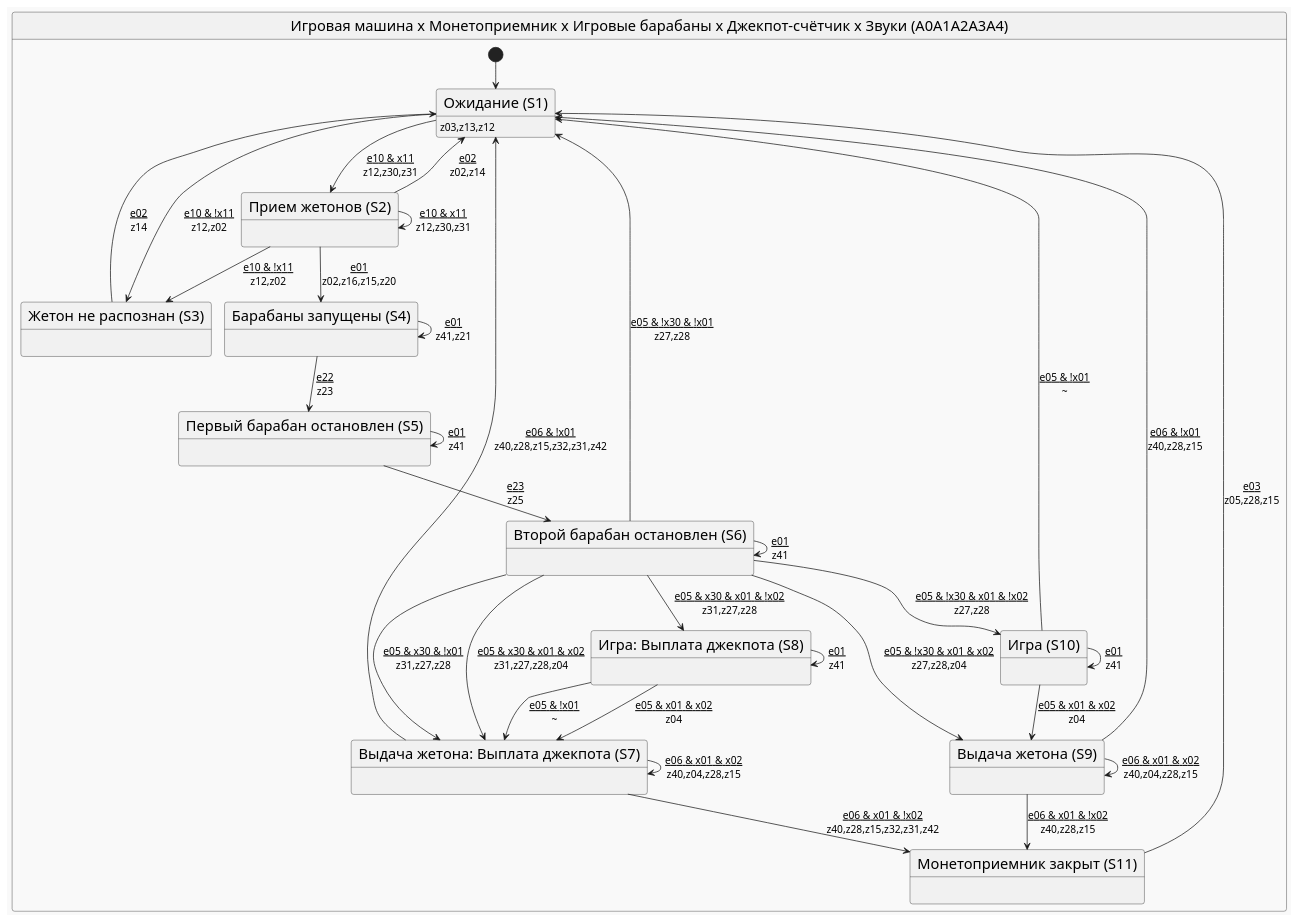
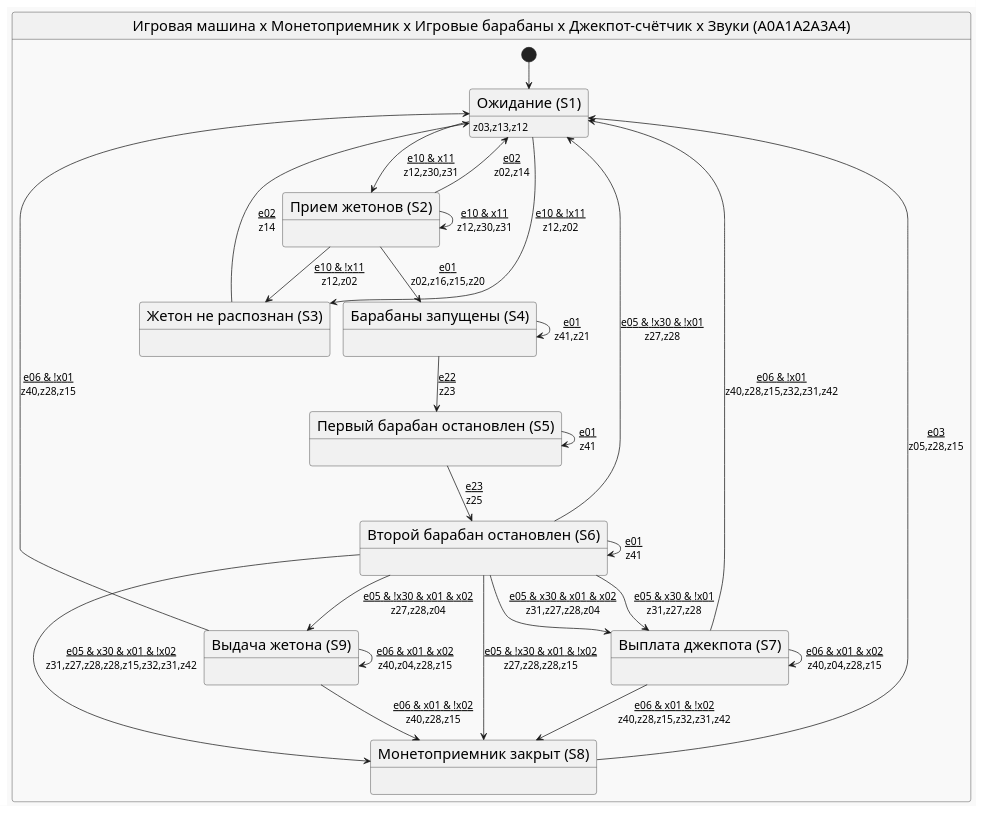
The diagram in articles/multiply_many_nested/puml/final.puml (PhoenixNazarov/fsm-multiply), drawn with PlantUML before and after one commit. The commit also changed 6 other files, not shown here.

```diff
--- a/articles/multiply_many_nested/puml/final.puml
+++ b/articles/multiply_many_nested/puml/final.puml
@@ -1,50 +1,42 @@
 @startuml
 !theme mars
 skinparam stateFontSize 20
 skinparam arrowFontSize 14
 state "Игровая машина x Монетоприемник x Игровые барабаны x Джекпот-счётчик x Звуки (A0A1A2A3A4)" as A0A1A2A3A4 {
-    [*] --> A0A1A2A3A431
-    state "Ожидание (S1)" as A0A1A2A3A431 : <size:14>z03,z13,z12
+    [*] --> A0A1A2A3A425
+    state "Ожидание (S1)" as A0A1A2A3A425 : <size:14>z03,z13,z12
     state "Прием жетонов (S2)" as A0A1A2A3A45 : 
     state "Жетон не распознан (S3)" as A0A1A2A3A46 : 
     state "Барабаны запущены (S4)" as A0A1A2A3A49 : 
     state "Первый барабан остановлен (S5)" as A0A1A2A3A411 : 
     state "Второй барабан остановлен (S6)" as A0A1A2A3A418 : 
-    state "Выдача жетона: Выплата джекпота (S7)" as A0A1A2A3A423 : 
-    state "Игра: Выплата джекпота (S8)" as A0A1A2A3A424 : 
-    state "Выдача жетона (S9)" as A0A1A2A3A428 : 
-    state "Игра (S10)" as A0A1A2A3A430 : 
-    state "Монетоприемник закрыт (S11)" as A0A1A2A3A426 : 
-    A0A1A2A3A431 --> A0A1A2A3A45 : <u>e10 & x11\nz12,z30,z31
-    A0A1A2A3A431 --> A0A1A2A3A46 : <u>e10 & !x11\nz12,z02
-    A0A1A2A3A45 --> A0A1A2A3A431 : <u>e02\nz02,z14
+    state "Выплата джекпота (S7)" as A0A1A2A3A419 : 
+    state "Монетоприемник закрыт (S8)" as A0A1A2A3A424 : 
+    state "Выдача жетона (S9)" as A0A1A2A3A423 : 
+    A0A1A2A3A425 --> A0A1A2A3A45 : <u>e10 & x11\nz12,z30,z31
+    A0A1A2A3A425 --> A0A1A2A3A46 : <u>e10 & !x11\nz12,z02
+    A0A1A2A3A45 --> A0A1A2A3A425 : <u>e02\nz02,z14
     A0A1A2A3A45 --> A0A1A2A3A49 : <u>e01\nz02,z16,z15,z20
     A0A1A2A3A45 --> A0A1A2A3A45 : <u>e10 & x11\nz12,z30,z31
     A0A1A2A3A45 --> A0A1A2A3A46 : <u>e10 & !x11\nz12,z02
-    A0A1A2A3A46 --> A0A1A2A3A431 : <u>e02\nz14
+    A0A1A2A3A46 --> A0A1A2A3A425 : <u>e02\nz14
     A0A1A2A3A49 --> A0A1A2A3A411 : <u>e22\nz23
     A0A1A2A3A49 --> A0A1A2A3A49 : <u>e01\nz41,z21
     A0A1A2A3A411 --> A0A1A2A3A418 : <u>e23\nz25
     A0A1A2A3A411 --> A0A1A2A3A411 : <u>e01\nz41
-    A0A1A2A3A418 --> A0A1A2A3A423 : <u>e05 & x30 & x01 & x02\nz31,z27,z28,z04
-    A0A1A2A3A418 --> A0A1A2A3A423 : <u>e05 & x30 & !x01\nz31,z27,z28
-    A0A1A2A3A418 --> A0A1A2A3A424 : <u>e05 & x30 & x01 & !x02\nz31,z27,z28
-    A0A1A2A3A418 --> A0A1A2A3A428 : <u>e05 & !x30 & x01 & x02\nz27,z28,z04
-    A0A1A2A3A418 --> A0A1A2A3A431 : <u>e05 & !x30 & !x01\nz27,z28
-    A0A1A2A3A418 --> A0A1A2A3A430 : <u>e05 & !x30 & x01 & !x02\nz27,z28
+    A0A1A2A3A418 --> A0A1A2A3A419 : <u>e05 & x30 & x01 & x02\nz31,z27,z28,z04
+    A0A1A2A3A418 --> A0A1A2A3A419 : <u>e05 & x30 & !x01\nz31,z27,z28
+    A0A1A2A3A418 --> A0A1A2A3A424 : <u>e05 & x30 & x01 & !x02\nz31,z27,z28,z28,z15,z32,z31,z42
+    A0A1A2A3A418 --> A0A1A2A3A424 : <u>e05 & !x30 & x01 & !x02\nz27,z28,z28,z15
+    A0A1A2A3A418 --> A0A1A2A3A423 : <u>e05 & !x30 & x01 & x02\nz27,z28,z04
+    A0A1A2A3A418 --> A0A1A2A3A425 : <u>e05 & !x30 & !x01\nz27,z28
     A0A1A2A3A418 --> A0A1A2A3A418 : <u>e01\nz41
+    A0A1A2A3A419 --> A0A1A2A3A419 : <u>e06 & x01 & x02\nz40,z04,z28,z15
+    A0A1A2A3A419 --> A0A1A2A3A424 : <u>e06 & x01 & !x02\nz40,z28,z15,z32,z31,z42
+    A0A1A2A3A419 --> A0A1A2A3A425 : <u>e06 & !x01\nz40,z28,z15,z32,z31,z42
+    A0A1A2A3A424 --> A0A1A2A3A425 : <u>e03\nz05,z28,z15
     A0A1A2A3A423 --> A0A1A2A3A423 : <u>e06 & x01 & x02\nz40,z04,z28,z15
-    A0A1A2A3A423 --> A0A1A2A3A426 : <u>e06 & x01 & !x02\nz40,z28,z15,z32,z31,z42
-    A0A1A2A3A423 --> A0A1A2A3A431 : <u>e06 & !x01\nz40,z28,z15,z32,z31,z42
-    A0A1A2A3A424 --> A0A1A2A3A423 : <u>e05 & x01 & x02\nz04
-    A0A1A2A3A424 --> A0A1A2A3A423 : <u>e05 & !x01\n~
-    A0A1A2A3A424 --> A0A1A2A3A424 : <u>e01\nz41
-    A0A1A2A3A428 --> A0A1A2A3A428 : <u>e06 & x01 & x02\nz40,z04,z28,z15
-    A0A1A2A3A428 --> A0A1A2A3A426 : <u>e06 & x01 & !x02\nz40,z28,z15
-    A0A1A2A3A428 --> A0A1A2A3A431 : <u>e06 & !x01\nz40,z28,z15
-    A0A1A2A3A430 --> A0A1A2A3A428 : <u>e05 & x01 & x02\nz04
-    A0A1A2A3A430 --> A0A1A2A3A431 : <u>e05 & !x01\n~
-    A0A1A2A3A430 --> A0A1A2A3A430 : <u>e01\nz41
-    A0A1A2A3A426 --> A0A1A2A3A431 : <u>e03\nz05,z28,z15
+    A0A1A2A3A423 --> A0A1A2A3A424 : <u>e06 & x01 & !x02\nz40,z28,z15
+    A0A1A2A3A423 --> A0A1A2A3A425 : <u>e06 & !x01\nz40,z28,z15
 }
 @enduml
```
